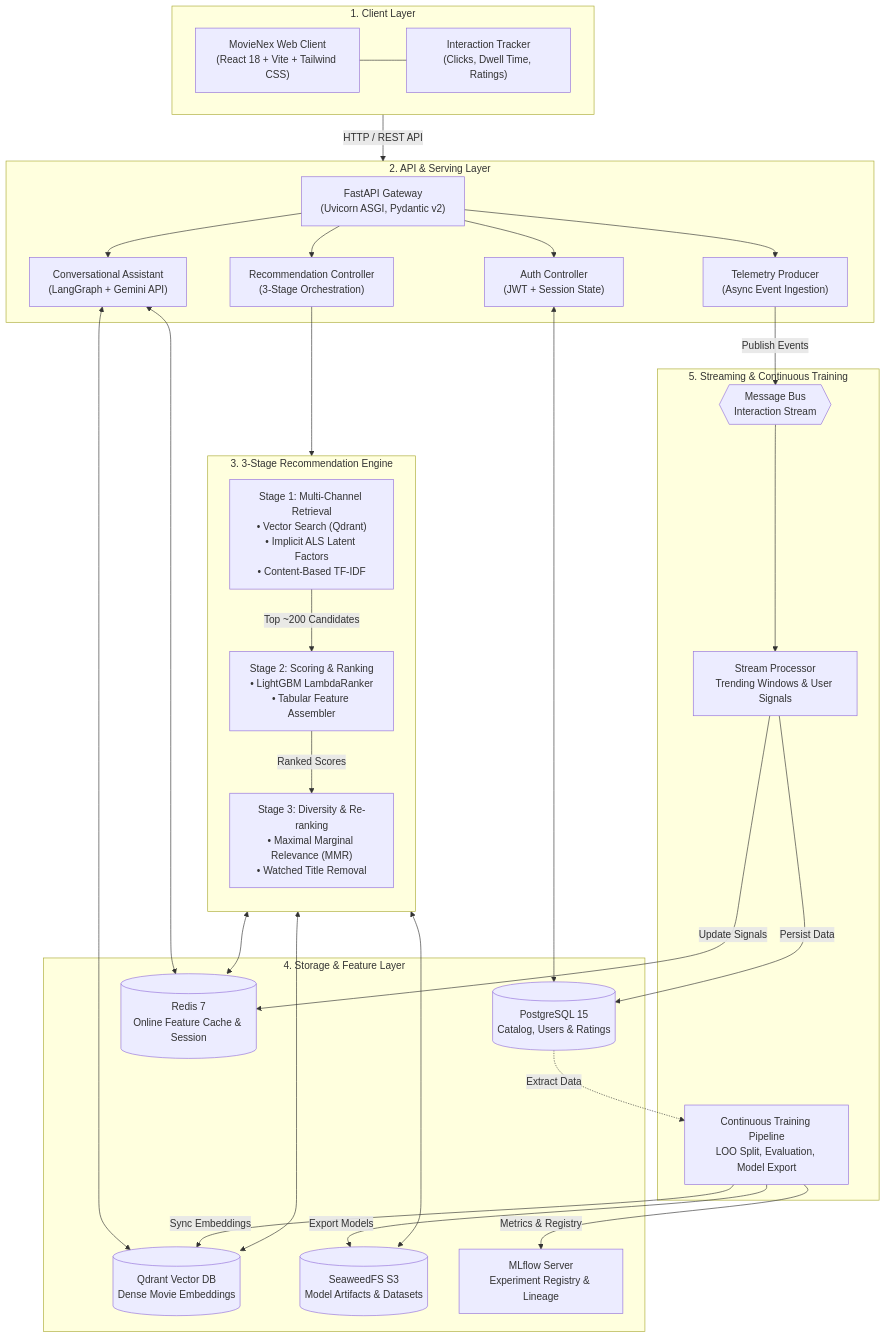
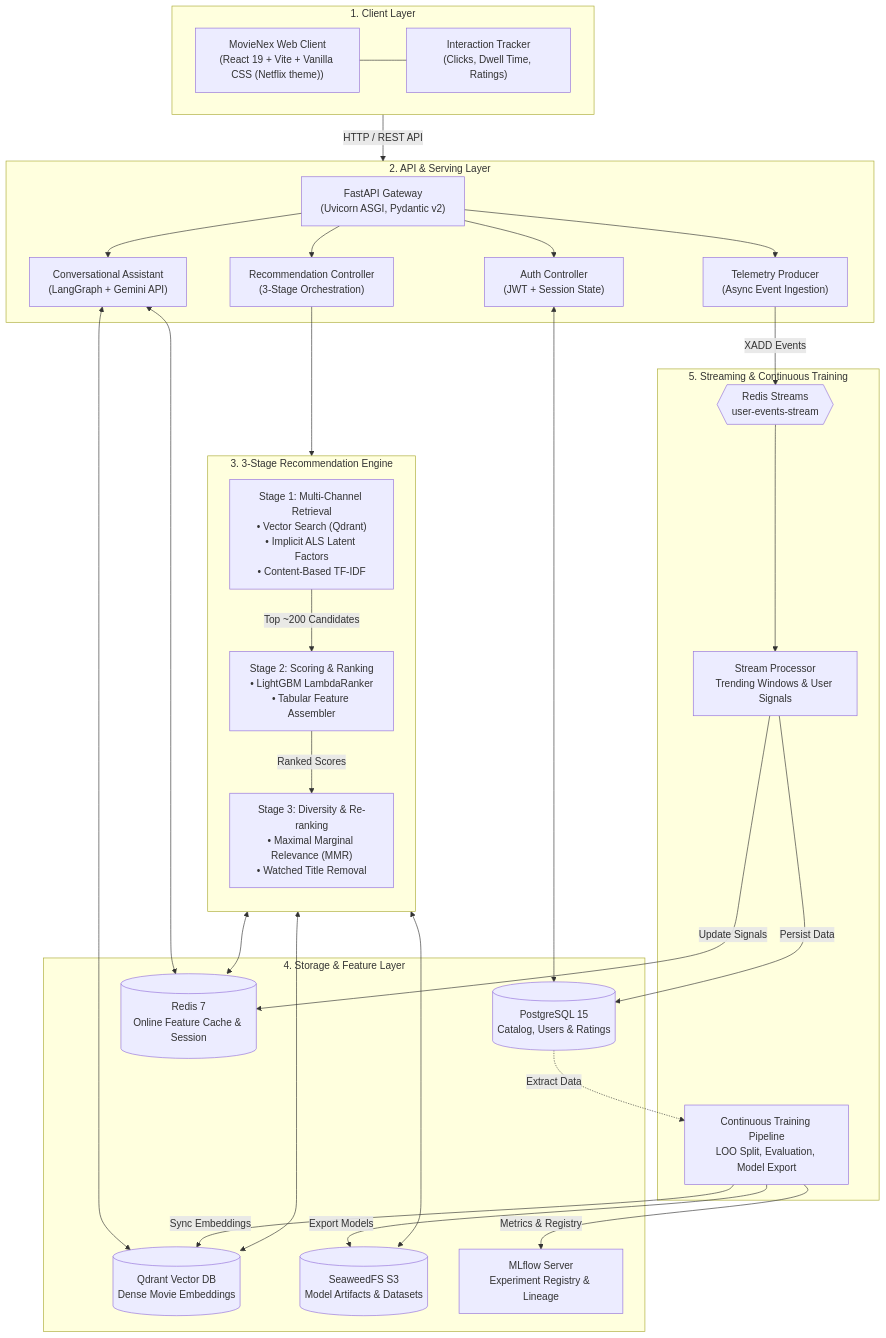
The diagram in docs/architecture.md (dducsw/movie-recsys), drawn with Mermaid before and after one commit. The commit also changed other lines of this file and 123 other files, not shown here.

````diff
--- a/docs/architecture.md
+++ b/docs/architecture.md
@@ -11,64 +11,64 @@
 ```mermaid
 flowchart TD
     subgraph ClientTier ["1. Client Layer"]
-        SPA["MovieNex Web Client<br/>(React 18 + Vite + Tailwind CSS)"]
+        SPA["MovieNex Web Client<br/>(React 19 + Vite + Vanilla CSS (Netflix theme))"]
         Tracker["Interaction Tracker<br/>(Clicks, Dwell Time, Ratings)"]
         SPA --- Tracker
     end
 
     subgraph APITier ["2. API & Serving Layer"]
         Gateway["FastAPI Gateway<br/>(Uvicorn ASGI, Pydantic v2)"]
         AuthSvc["Auth Controller<br/>(JWT + Session State)"]
         RecSvc["Recommendation Controller<br/>(3-Stage Orchestration)"]
         ChatAgent["Conversational Assistant<br/>(LangGraph + Gemini API)"]
         EventProducer["Telemetry Producer<br/>(Async Event Ingestion)"]
 
         Gateway --> AuthSvc
         Gateway --> RecSvc
         Gateway --> ChatAgent
         Gateway --> EventProducer
     end
 
     subgraph EngineTier ["3. 3-Stage Recommendation Engine"]
         direction TB
         Retrieval["Stage 1: Multi-Channel Retrieval<br/>• Vector Search (Qdrant)<br/>• Implicit ALS Latent Factors<br/>• Content-Based TF-IDF"]
         Ranking["Stage 2: Scoring & Ranking<br/>• LightGBM LambdaRanker<br/>• Tabular Feature Assembler"]
         Reranking["Stage 3: Diversity & Re-ranking<br/>• Maximal Marginal Relevance (MMR)<br/>• Watched Title Removal"]
 
         Retrieval -->|Top ~200 Candidates| Ranking
         Ranking -->|Ranked Scores| Reranking
     end
 
     subgraph DataTier ["4. Storage & Feature Layer"]
         Postgres[("PostgreSQL 15<br/>Catalog, Users & Ratings")]
         Redis[("Redis 7<br/>Online Feature Cache & Session")]
         Qdrant[("Qdrant Vector DB<br/>Dense Movie Embeddings")]
         S3[("SeaweedFS S3<br/>Model Artifacts & Datasets")]
         MLflow["MLflow Server<br/>Experiment Registry & Lineage"]
     end
 
     subgraph AsyncTier ["5. Streaming & Continuous Training"]
-        Kafka{{Message Bus<br/>Interaction Stream}}
+        RedisStream{{Redis Streams<br/>user-events-stream}}
         StreamWorker["Stream Processor<br/>Trending Windows & User Signals"]
         BatchTrainer["Continuous Training Pipeline<br/>LOO Split, Evaluation, Model Export"]
     end
 
     ClientTier -->|"HTTP / REST API"| APITier
     RecSvc --> EngineTier
     EngineTier <--> Redis
     EngineTier <--> Qdrant
     EngineTier <--> S3
     AuthSvc <--> Postgres
     ChatAgent <--> Redis
     ChatAgent <--> Qdrant
 
-    EventProducer -->|"Publish Events"| Kafka
-    Kafka --> StreamWorker
+    EventProducer -->|"XADD Events"| RedisStream
+    RedisStream --> StreamWorker
     StreamWorker -->|"Update Signals"| Redis
     StreamWorker -->|"Persist Data"| Postgres
 
     Postgres -.->|"Extract Data"| BatchTrainer
     BatchTrainer -->|"Metrics & Registry"| MLflow
     BatchTrainer -->|"Export Models"| S3
     BatchTrainer -->|"Sync Embeddings"| Qdrant
 ```
````
